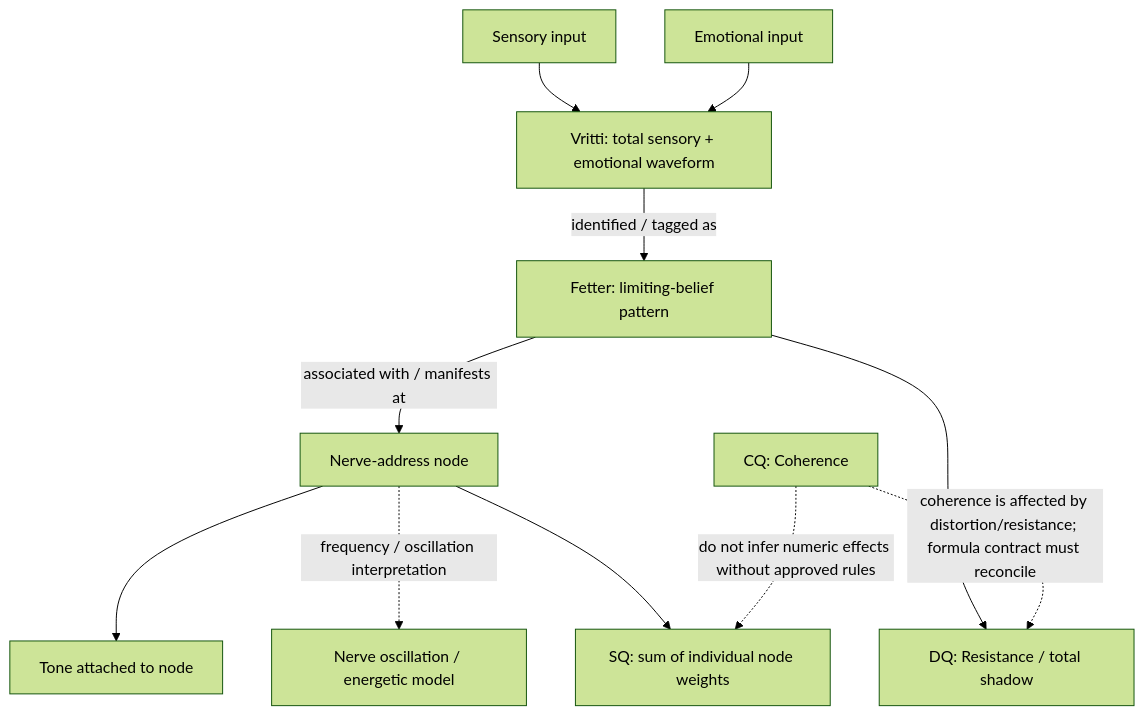
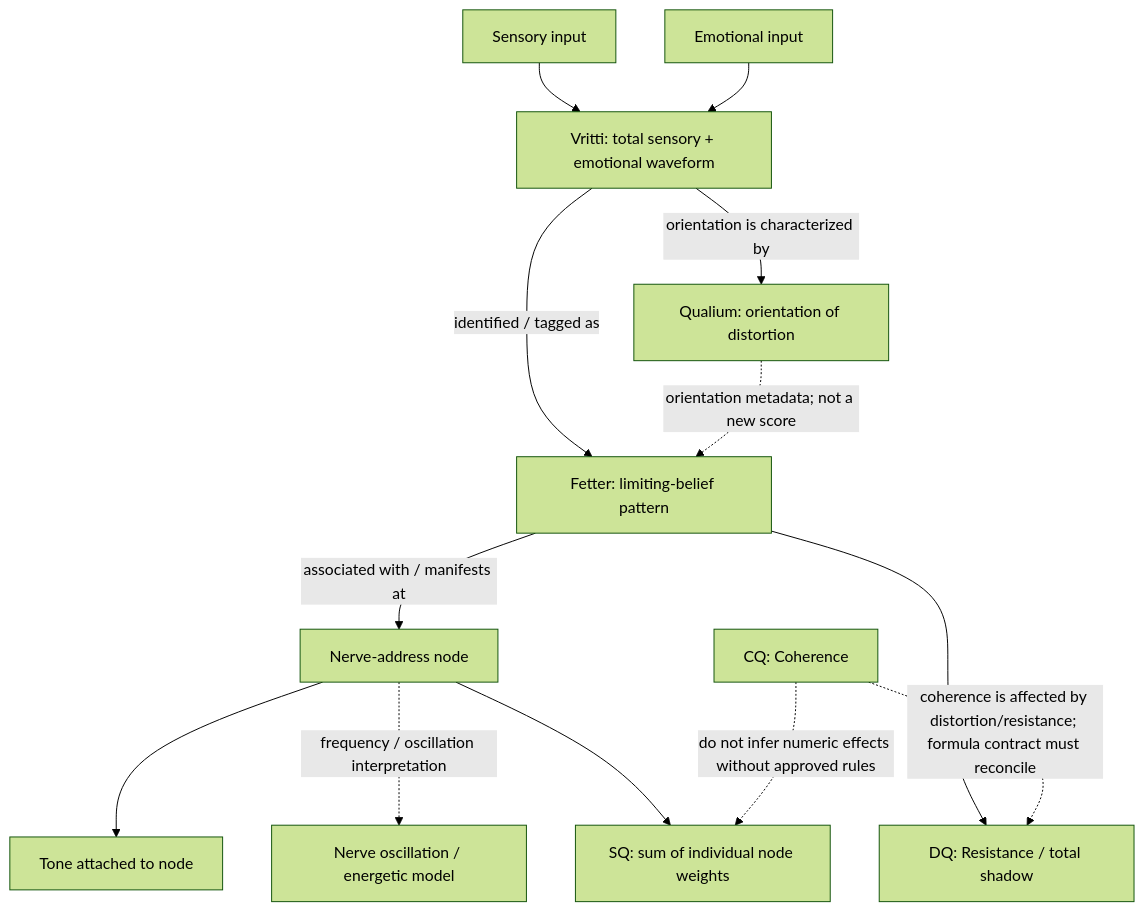
Before and after one commit to rebootos-sourcce/MOB: the diagram in docs/ATUNED_UNIFIED_VRITTI_FETTER_NERVE_NODE_ARCHITECTURE_v1.md, drawn with Mermaid (forest theme). The commit also changed other lines of this file, not shown here.

Commit message:
docs: add qualium distortion orientation to unified architecture

````diff
--- a/docs/ATUNED_UNIFIED_VRITTI_FETTER_NERVE_NODE_ARCHITECTURE_v1.md
+++ b/docs/ATUNED_UNIFIED_VRITTI_FETTER_NERVE_NODE_ARCHITECTURE_v1.md
@@ -18,13 +19,15 @@
 ```mermaid
 flowchart TB
   S["Sensory input"] --> V["Vritti: total sensory + emotional waveform"]
   E["Emotional input"] --> V
   V -->|"identified / tagged as"| F["Fetter: limiting-belief pattern"]
+  V -->|"orientation is characterized by"| Q["Qualium: orientation of distortion"]
   F -->|"associated with / manifests at"| N["Nerve-address node"]
   N --> T["Tone attached to node"]
+  Q -.->|"orientation metadata; not a new score"| F
   N -.->|"frequency / oscillation interpretation"| W["Nerve oscillation / energetic model"]
   F --> DQ["DQ: Resistance / total shadow"]
   N --> SQ["SQ: sum of individual node weights"]
   CQ["CQ: Coherence"] -.->|"coherence is affected by distortion/resistance; formula contract must reconcile"| DQ
   CQ -.->|"do not infer numeric effects without approved rules"| SQ
 ```
````
